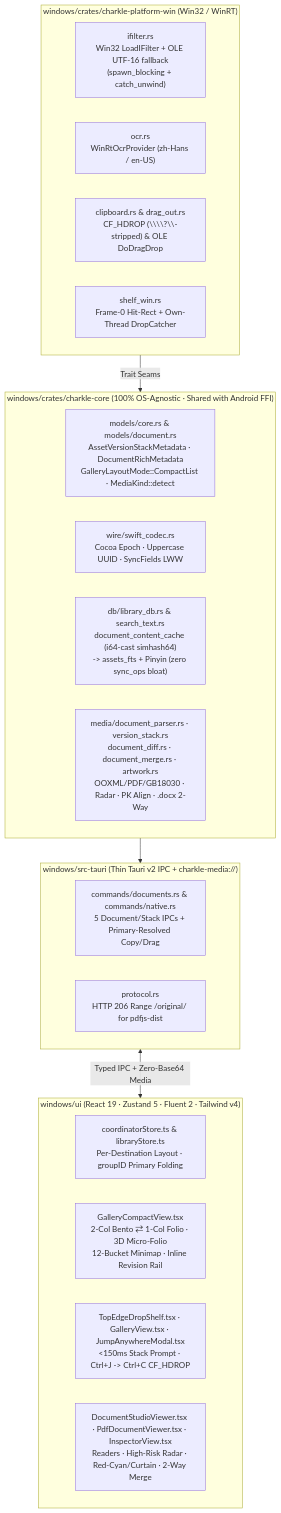
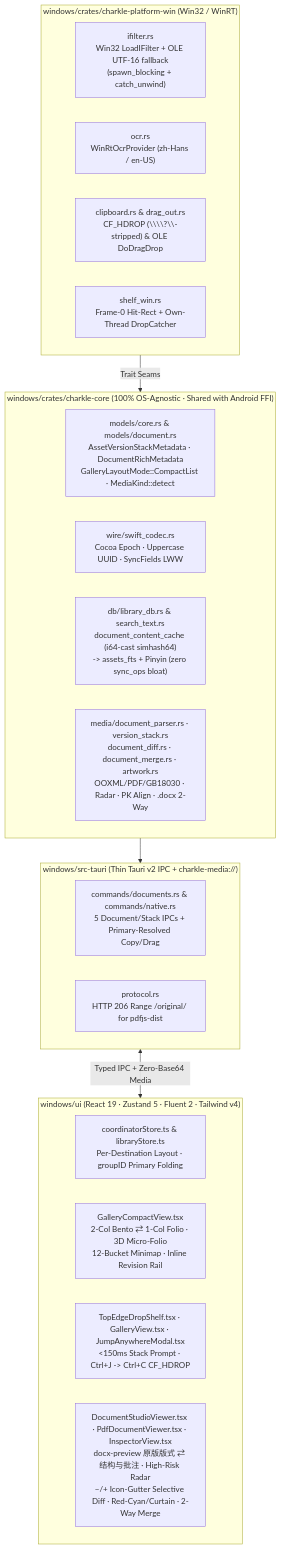
Before and after one commit to CharTyr/Charkle: the diagram in .trellis/tasks/11-28-windows-document-stack-diff-and-compact-view-parity/design.md, drawn with Mermaid. The commit also changed other lines of this file and 7 other files, not shown here.

Commit message:
feat(ios,docs): add true-layout Office reader, icon-gutter selective diff, and Windows parity updates

````diff
--- a/.trellis/tasks/11-28-windows-document-stack-diff-and-compact-view-parity/design.md
+++ b/.trellis/tasks/11-28-windows-document-stack-diff-and-compact-view-parity/design.md
@@ -11,32 +11,32 @@
 ```mermaid
 flowchart TB
     subgraph WinPlatform["windows/crates/charkle-platform-win (Win32 / WinRT)"]
         IFilter["ifilter.rs\nWin32 LoadIFilter + OLE UTF-16 fallback\n(spawn_blocking + catch_unwind)"]
         WinOCR["ocr.rs\nWinRtOcrProvider (zh-Hans / en-US)"]
         WinClip["clipboard.rs & drag_out.rs\nCF_HDROP (\\\\?\\-stripped) & OLE DoDragDrop"]
         WinShelf["shelf_win.rs\nFrame-0 Hit-Rect + Own-Thread DropCatcher"]
     end
 
     subgraph Core["windows/crates/charkle-core (100% OS-Agnostic · Shared with Android FFI)"]
         Models["models/core.rs & models/document.rs\nAssetVersionStackMetadata · DocumentRichMetadata\nGalleryLayoutMode::CompactList · MediaKind::detect"]
         Codec["wire/swift_codec.rs\nCocoa Epoch · Uppercase UUID · SyncFields LWW"]
         DB["db/library_db.rs & search_text.rs\ndocument_content_cache (i64-cast simhash64)\n-> assets_fts + Pinyin (zero sync_ops bloat)"]
         DocEngine["media/document_parser.rs · version_stack.rs\ndocument_diff.rs · document_merge.rs · artwork.rs\nOOXML/PDF/GB18030 · Radar · PK Align · .docx 2-Way"]
     end
 
     subgraph TauriHost["windows/src-tauri (Thin Tauri v2 IPC + charkle-media://)"]
         Cmds["commands/documents.rs & commands/native.rs\n5 Document/Stack IPCs + Primary-Resolved Copy/Drag"]
         Proto["protocol.rs\nHTTP 206 Range /original/<uuid> for pdfjs-dist"]
     end
 
     subgraph ReactUI["windows/ui (React 19 · Zustand 5 · Fluent 2 · Tailwind v4)"]
         Stores["coordinatorStore.ts & libraryStore.ts\nPer-Destination Layout · groupID Primary Folding"]
         Compact["GalleryCompactView.tsx\n2-Col Bento ⇄ 1-Col Folio · 3D Micro-Folio\n12-Bucket Minimap · Inline Revision Rail"]
         CaptureUI["TopEdgeDropShelf.tsx · GalleryView.tsx · JumpAnywhereModal.tsx\n<150ms Stack Prompt · Ctrl+J -> Ctrl+C CF_HDROP"]
-        QL["DocumentStudioViewer.tsx · PdfDocumentViewer.tsx · InspectorView.tsx\nReaders · High-Risk Radar · Red-Cyan/Curtain · 2-Way Merge"]
+        QL["DocumentStudioViewer.tsx · PdfDocumentViewer.tsx · InspectorView.tsx\ndocx-preview 原版版式 ⇄ 结构与批注 · High-Risk Radar\n−/+ Icon-Gutter Selective Diff · Red-Cyan/Curtain · 2-Way Merge"]
     end
 
     WinPlatform -->|Trait Seams| Core
     Core --> TauriHost
     TauriHost <-->|Typed IPC + Zero-Base64 Media| ReactUI
 ```
````
